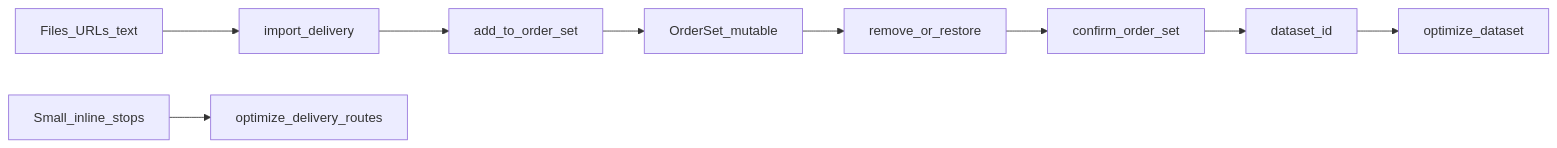
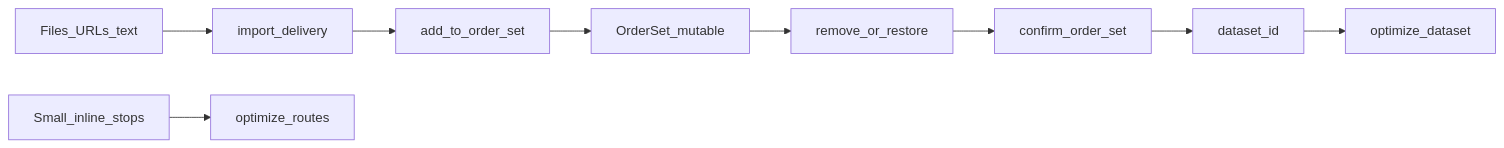
Before and after one commit to vizzito/vepathos-mcp: the third of 3 diagrams in docs/architecture-mcp-orderset.md, drawn with Mermaid. The commit also changed other lines of this file and 45 other files, not shown here.

````diff
--- a/docs/architecture-mcp-orderset.md
+++ b/docs/architecture-mcp-orderset.md
@@ -234,11 +234,11 @@
 ```mermaid
 flowchart LR
   files[Files_URLs_text] --> importNode[import_delivery]
   importNode --> add[add_to_order_set]
   add --> set[OrderSet_mutable]
   set --> edit[remove_or_restore]
   edit --> confirm[confirm_order_set]
   confirm --> ds[dataset_id]
   ds --> opt[optimize_dataset]
-  small[Small_inline_stops] --> optDirect[optimize_delivery_routes]
+  small[Small_inline_stops] --> optDirect[optimize_routes]
 ```
````
